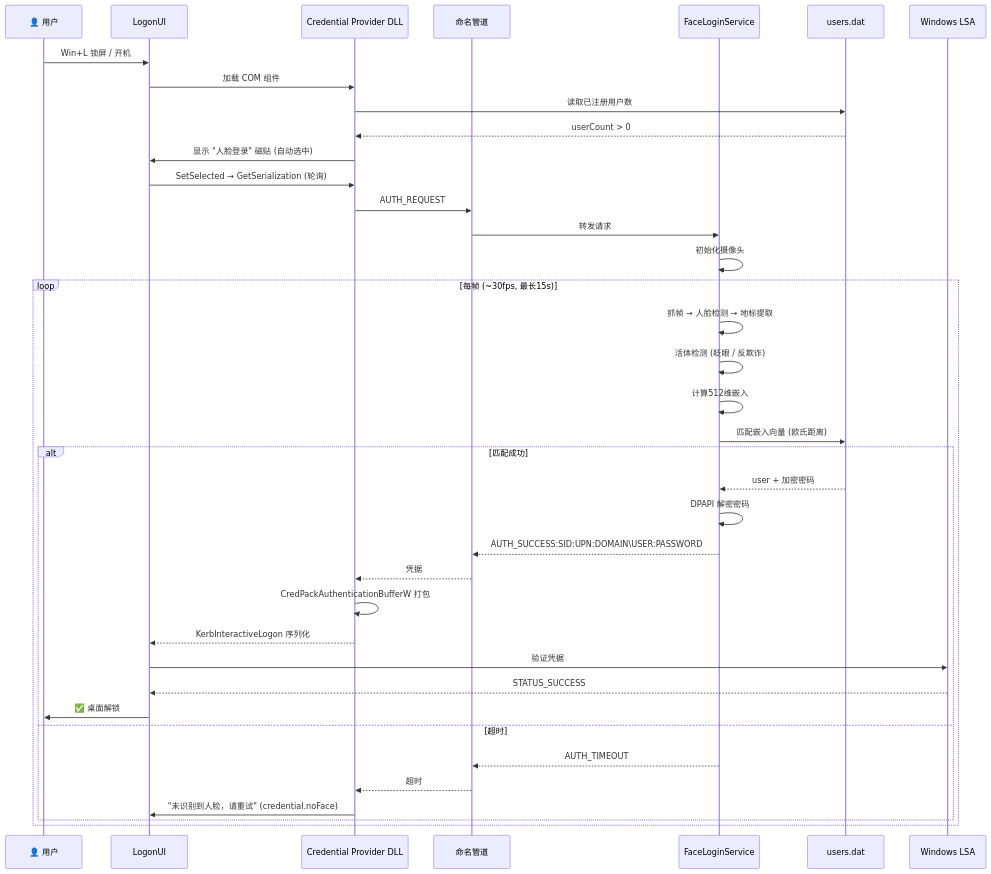
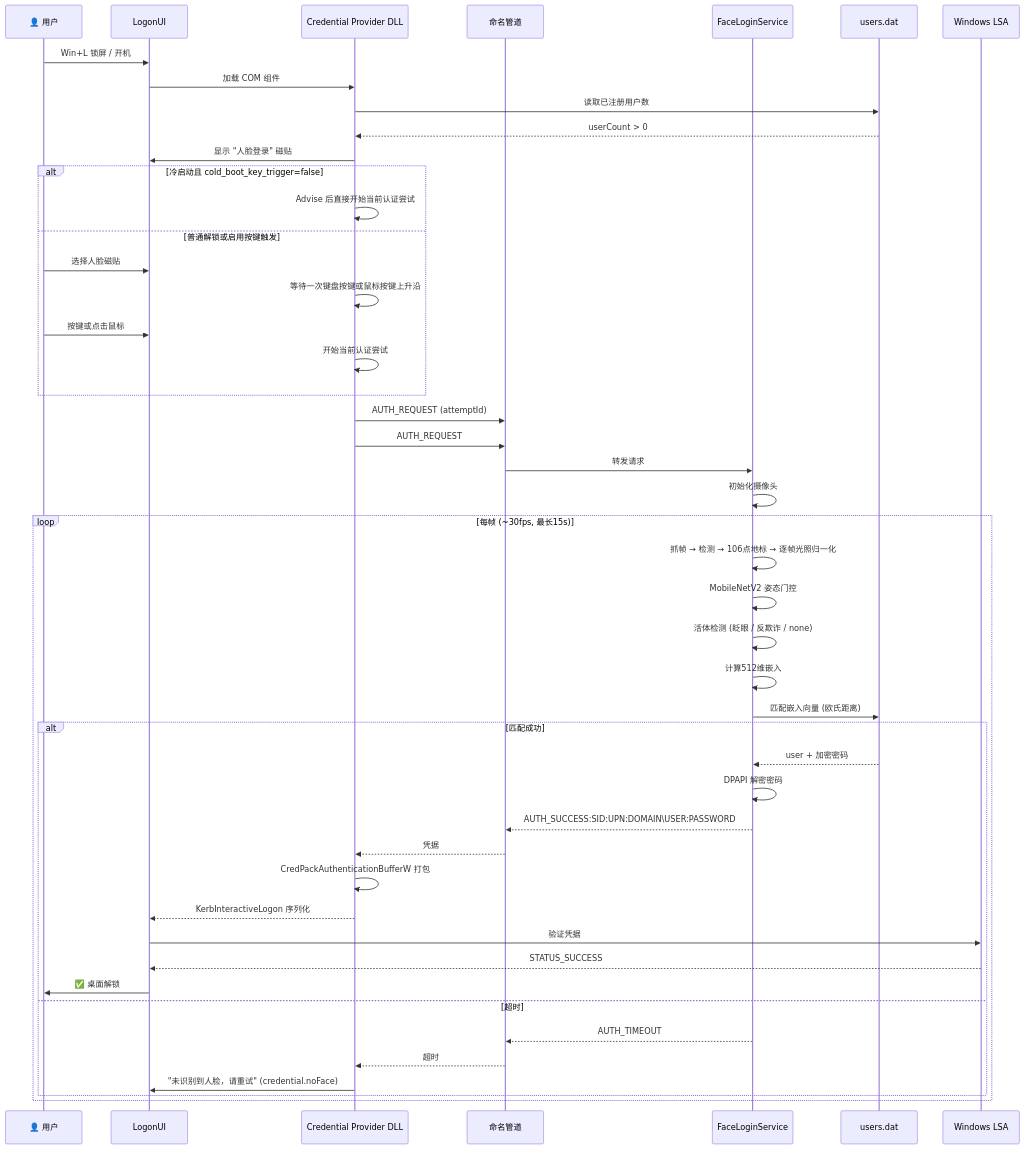
The second of 3 diagrams in DEVELOPMENT.md (EthanZer0/FaceLogin), drawn with Mermaid before and after one commit. The commit also changed other lines of this file and 4 other files, not shown here.

````diff
--- a/DEVELOPMENT.md
+++ b/DEVELOPMENT.md
@@ -180,41 +202,50 @@
 ```mermaid
 sequenceDiagram
     participant User as 👤 用户
     participant LogonUI as LogonUI
     participant CP as Credential Provider DLL
     participant Pipe as 命名管道
     participant Svc as FaceLoginService
     participant DB as users.dat
     participant LSA as Windows LSA
 
     User->>LogonUI: Win+L 锁屏 / 开机
     LogonUI->>CP: 加载 COM 组件
     CP->>DB: 读取已注册用户数
     DB-->>CP: userCount > 0
-    CP->>LogonUI: 显示 "人脸登录" 磁贴 (自动选中)
-    LogonUI->>CP: SetSelected → GetSerialization (轮询)
+    CP->>LogonUI: 显示 "人脸登录" 磁贴
+    alt 冷启动且 cold_boot_key_trigger=false
+        CP->>CP: Advise 后直接开始当前认证尝试
+    else 普通解锁或启用按键触发
+        User->>LogonUI: 选择人脸磁贴
+        CP->>CP: 等待一次键盘按键或鼠标按键上升沿
+        User->>LogonUI: 按键或点击鼠标
+        CP->>CP: 开始当前认证尝试
+    end
+    CP->>Pipe: AUTH_REQUEST (attemptId)
     CP->>Pipe: AUTH_REQUEST
     Pipe->>Svc: 转发请求
     Svc->>Svc: 初始化摄像头
     loop 每帧 (~30fps, 最长15s)
-        Svc->>Svc: 抓帧 → 人脸检测 → 地标提取
-        Svc->>Svc: 活体检测 (眨眼 / 反欺诈)
+        Svc->>Svc: 抓帧 → 检测 → 106点地标 → 逐帧光照归一化
+        Svc->>Svc: MobileNetV2 姿态门控
+        Svc->>Svc: 活体检测 (眨眼 / 反欺诈 / none)
         Svc->>Svc: 计算512维嵌入
         Svc->>DB: 匹配嵌入向量 (欧氏距离)
         alt 匹配成功
             DB-->>Svc: user + 加密密码
             Svc->>Svc: DPAPI 解密密码
             Svc-->>Pipe: AUTH_SUCCESS:SID:UPN:DOMAIN\USER:PASSWORD
             Pipe-->>CP: 凭据
             CP->>CP: CredPackAuthenticationBufferW 打包
             CP-->>LogonUI: KerbInteractiveLogon 序列化
             LogonUI->>LSA: 验证凭据
             LSA-->>LogonUI: STATUS_SUCCESS
             LogonUI->>User: ✅ 桌面解锁
         else 超时
             Svc-->>Pipe: AUTH_TIMEOUT
             Pipe-->>CP: 超时
             CP->>LogonUI: "未识别到人脸，请重试" (credential.noFace)
         end
     end
 ```
````
